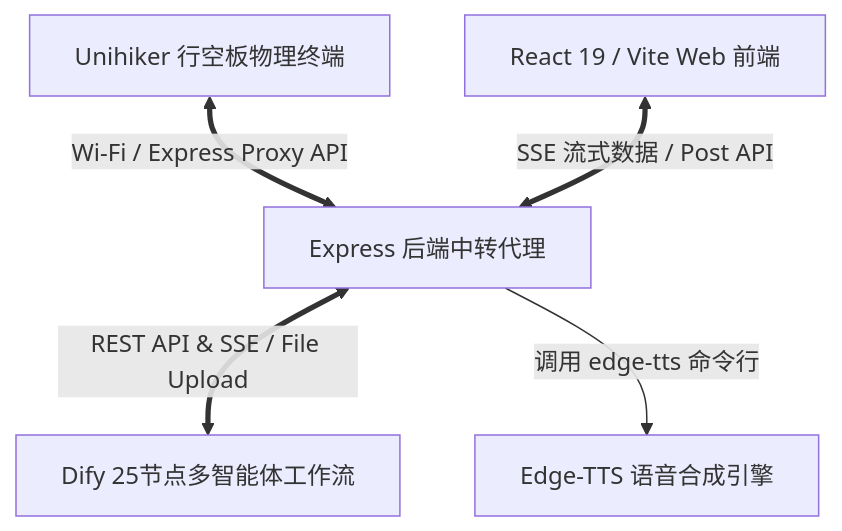
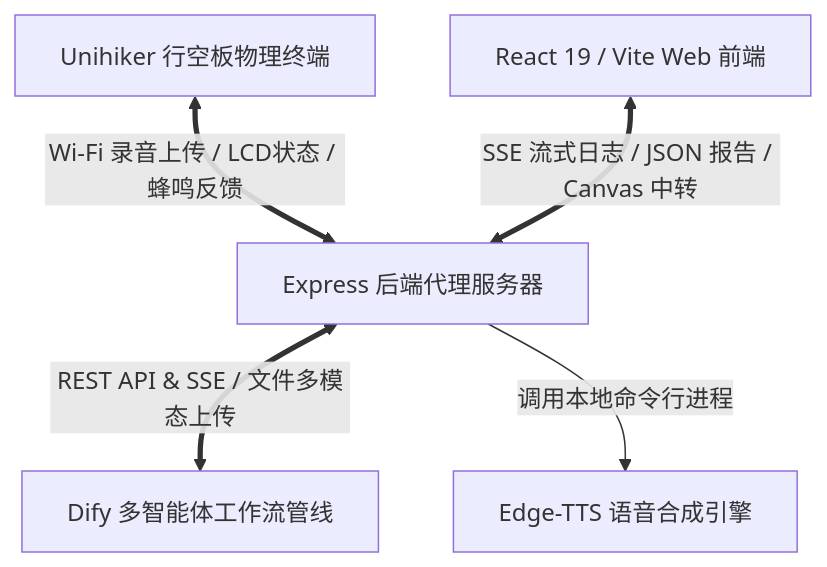
One commit to tensonyin/VeriFlow-AntiRumor changed the first of 3 diagrams in PROJECT_PROCESS.md. Above: the diagram before and after it, drawn with Mermaid. The commit also changed other lines of this file and 30 other files, not shown here.

````diff
--- a/PROJECT_PROCESS.md
+++ b/PROJECT_PROCESS.md
@@ -30,7 +56,7 @@
 ```mermaid
 graph TD
-    A[Unihiker 行空板物理终端] <==>|Wi-Fi / Express Proxy API| B[Express 后端中转代理]
-    C[React 19 / Vite Web 前端] <==>|SSE 流式数据 / Post API| B
-    B <==>|REST API & SSE / File Upload| D[Dify 25节点多智能体工作流]
-    B -->|调用 edge-tts 命令行| E[Edge-TTS 语音合成引擎]
+    A[Unihiker 行空板物理终端] <==>|Wi-Fi 录音上传 / LCD状态 / 蜂鸣反馈| B[Express 后端代理服务器]
+    C[React 19 / Vite Web 前端] <==>|SSE 流式日志 / JSON 报告 / Canvas 中转| B
+    B <==>|REST API & SSE / 文件多模态上传| D[Dify 多智能体工作流管线]
+    B -->|调用本地命令行进程| E[Edge-TTS 语音合成引擎]
 ```
````
